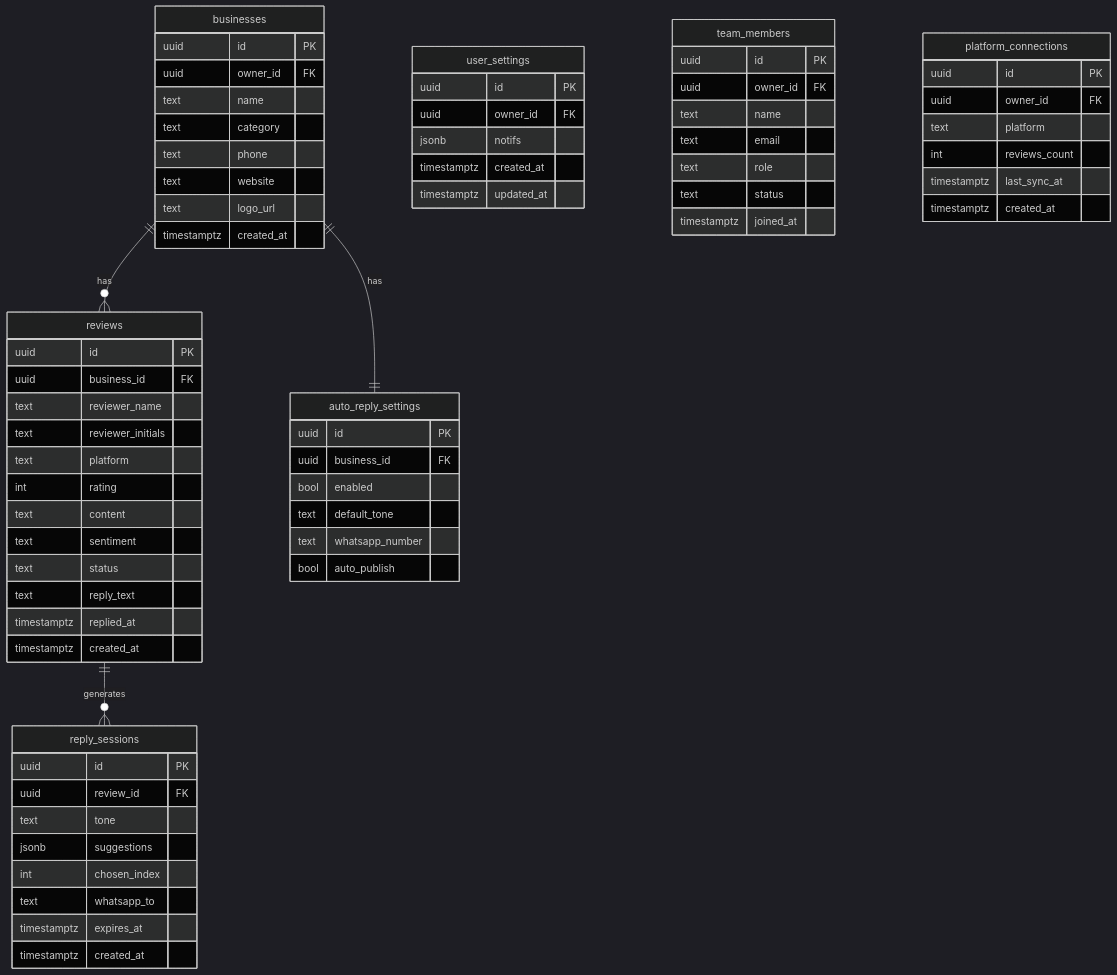
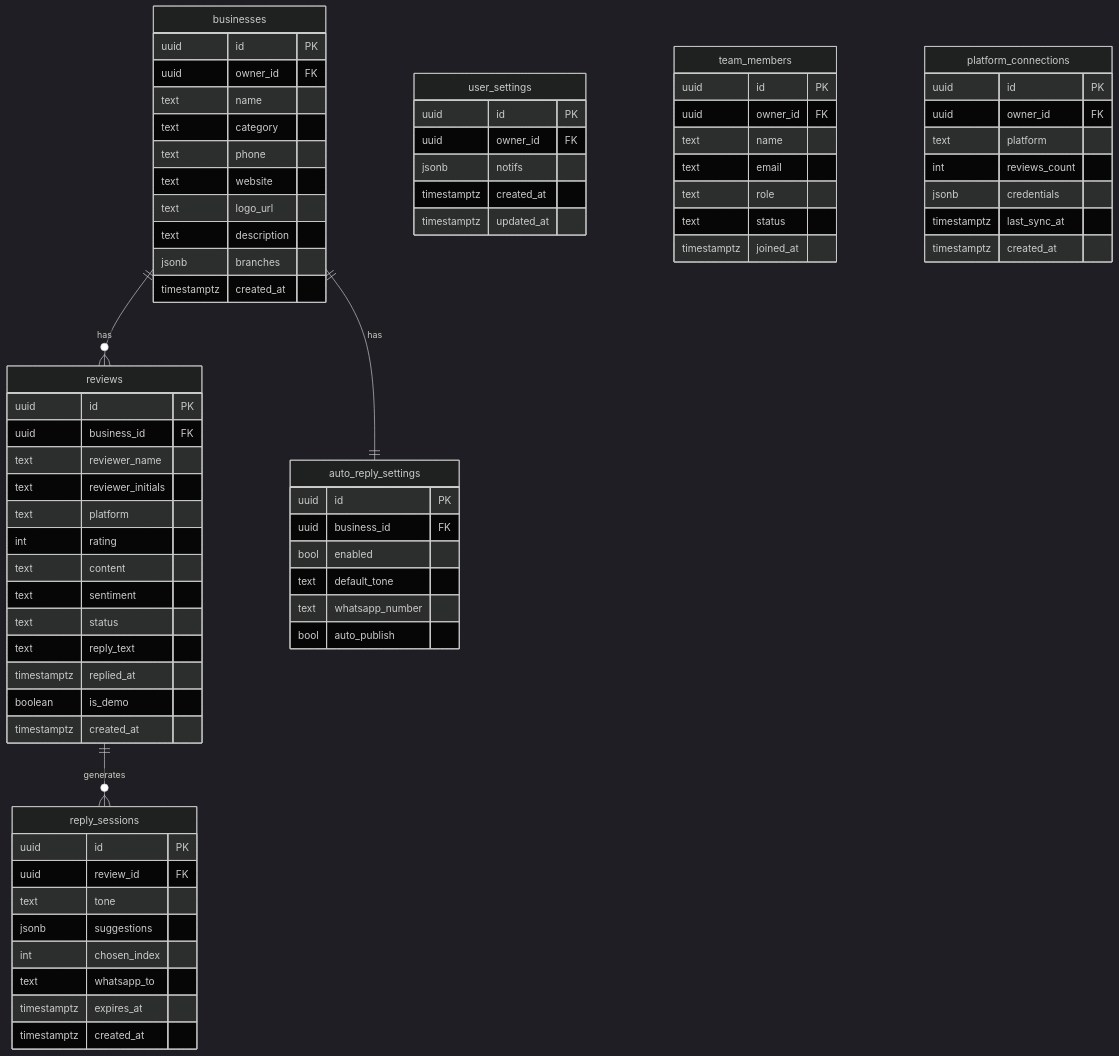
The diagram in README.md (noamhadary/New-Review-Pulse-App), drawn with Mermaid (dark theme) before and after one commit.

Commit message:
docs: sync ERD with actual Supabase schema (migrations 005,007,008)
- businesses: add description, branches columns
- reviews: add is_demo column
- platform_connections: add credentials column

```diff
--- a/README.md
+++ b/README.md
@@ -94,6 +94,8 @@
         text phone
         text website
         text logo_url
+        text description
+        jsonb branches
         timestamptz created_at
     }
 
@@ -109,6 +111,7 @@
         text status
         text reply_text
         timestamptz replied_at
+        boolean is_demo
         timestamptz created_at
     }
 
@@ -155,6 +158,7 @@
         uuid owner_id FK
         text platform
         int reviews_count
+        jsonb credentials
         timestamptz last_sync_at
         timestamptz created_at
     }
```
